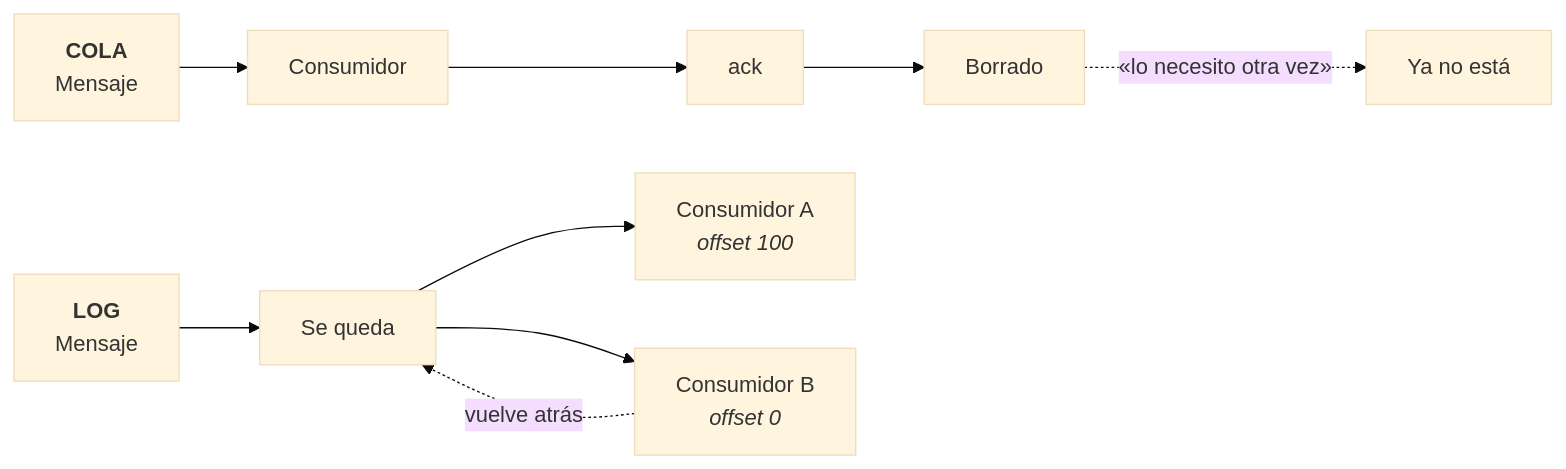
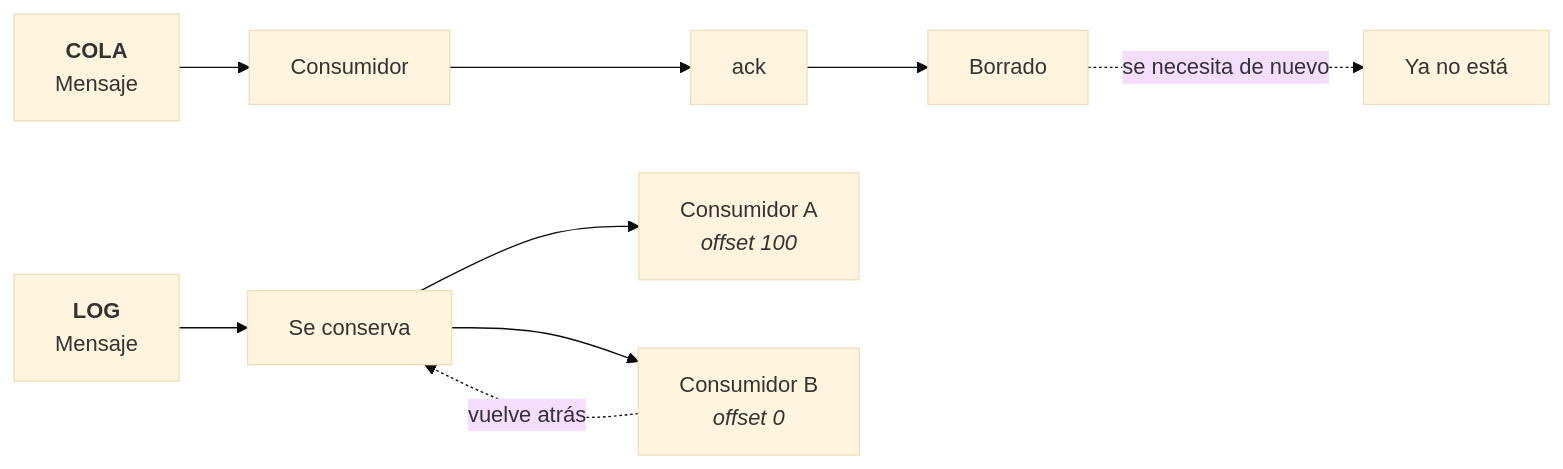
One commit to MDCIrony/leads-hexa changed the fifth of 11 diagrams in .slides-events/slides.md. Above: the diagram before and after it, drawn with Mermaid (base theme). The commit also changed other lines of this file, not shown here.

````diff
--- a/.slides-events/slides.md
+++ b/.slides-events/slides.md
@@ -291,10 +270,10 @@
 ```mermaid {scale: 0.78}
 flowchart LR
     C1["<b>COLA</b><br/>Mensaje"] --> C2["Consumidor"] --> C3["ack"] --> C4["Borrado"]
-    C4 -.->|"«lo necesito otra vez»"| C5["Ya no está"]
+    C4 -.->|"se necesita de nuevo"| C5["Ya no está"]
 
-    L1["<b>LOG</b><br/>Mensaje"] --> L2["Se queda"]
+    L1["<b>LOG</b><br/>Mensaje"] --> L2["Se conserva"]
     L2 --> L3["Consumidor A<br/><i>offset 100</i>"]
     L2 --> L4["Consumidor B<br/><i>offset 0</i>"]
     L4 -.->|"vuelve atrás"| L2
 ```
````
